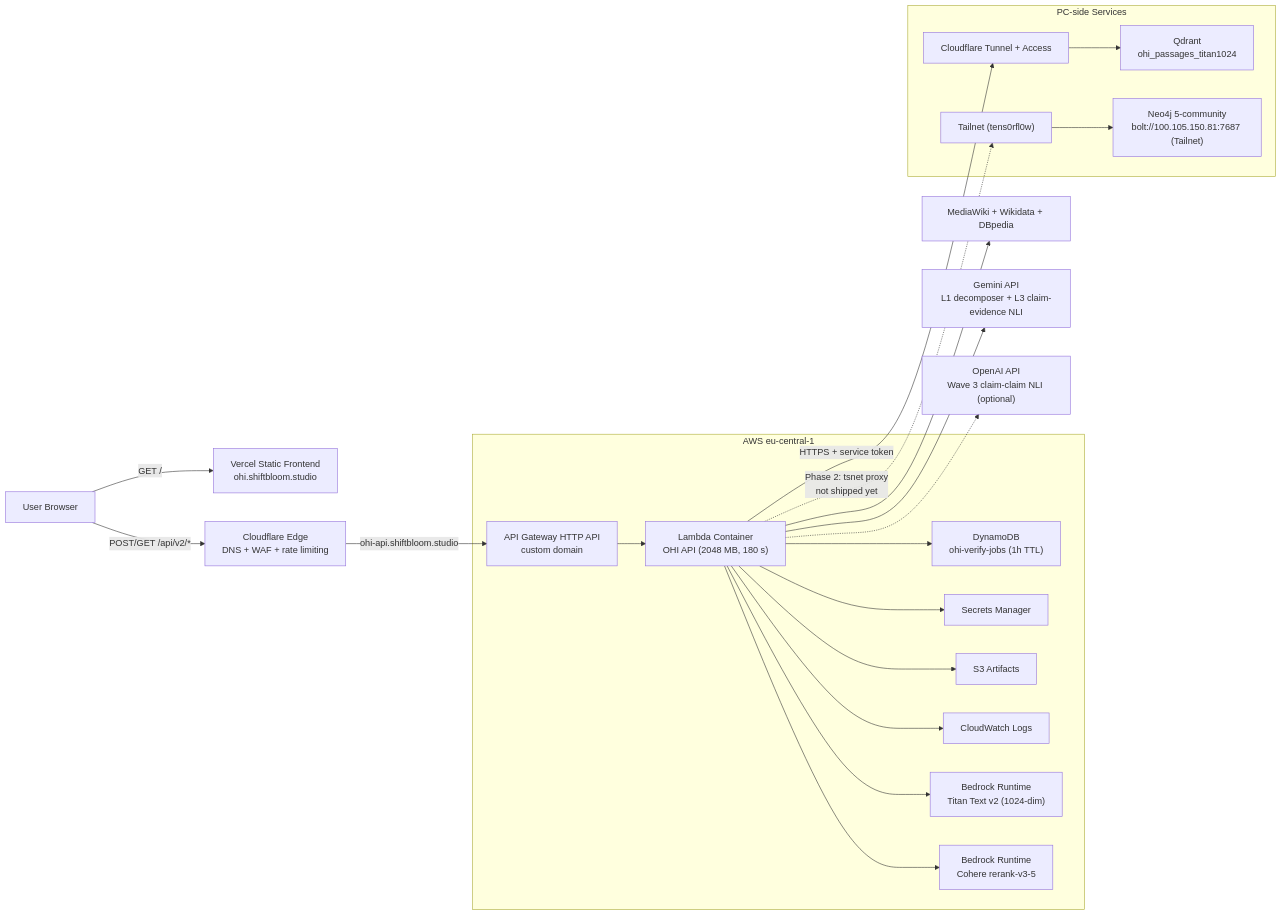
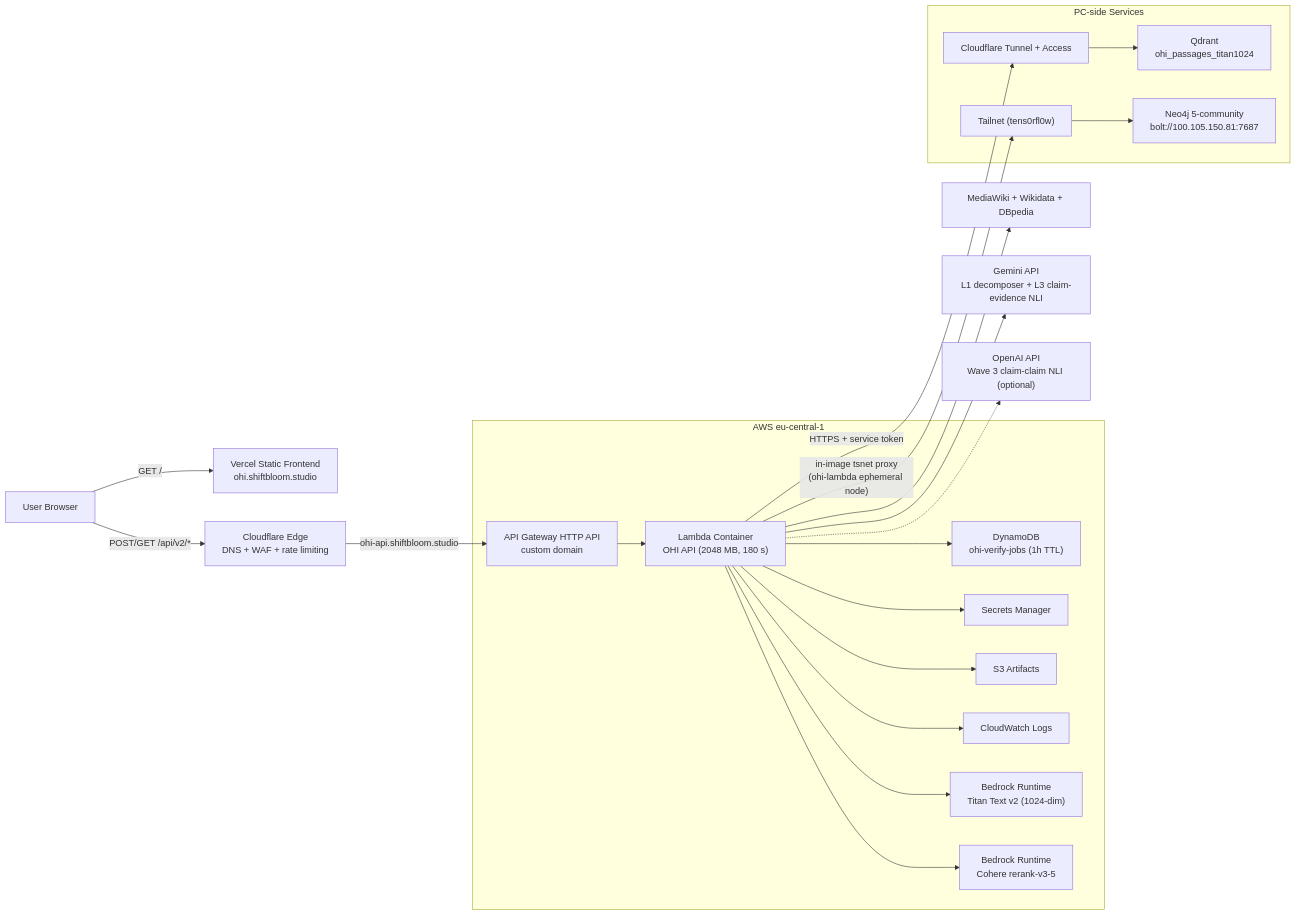
Before and after one commit to shiftbloom-studio/open-hallucination-index: the first of 3 diagrams in docs/CURRENT_ARCHITECTURE.md, drawn with Mermaid. The commit also changed other lines of this file, not shown here.

First line of the commit message:
docs(arch): Neo4j Phase 2 shipped — Lambda on Tailnet via tsnet proxy

````diff
--- a/docs/CURRENT_ARCHITECTURE.md
+++ b/docs/CURRENT_ARCHITECTURE.md
@@ -37,50 +44,50 @@
 ```mermaid
 flowchart LR
     user["User Browser"]
     site["Vercel Static Frontend\nohi.shiftbloom.studio"]
     edge["Cloudflare Edge\nDNS + WAF + rate limiting"]
 
     subgraph aws["AWS eu-central-1"]
         apigw["API Gateway HTTP API\ncustom domain"]
         lambda["Lambda Container\nOHI API (2048 MB, 180 s)"]
         ddb["DynamoDB\nohi-verify-jobs (1h TTL)"]
         sm["Secrets Manager"]
         s3["S3 Artifacts"]
         logs["CloudWatch Logs"]
         br_embed["Bedrock Runtime\nTitan Text v2 (1024-dim)"]
         br_rerank["Bedrock Runtime\nCohere rerank-v3-5"]
     end
 
     subgraph pc["PC-side Services"]
         cfaccess["Cloudflare Tunnel + Access"]
         qdrant["Qdrant\nohi_passages_titan1024"]
-        neo4j_pc["Neo4j 5-community\nbolt://100.105.150.81:7687 (Tailnet)"]
+        neo4j_pc["Neo4j 5-community\nbolt://100.105.150.81:7687"]
         tailnet["Tailnet (tens0rfl0w)"]
     end
 
     wiki["MediaWiki + Wikidata + DBpedia"]
     gemini["Gemini API\nL1 decomposer + L3 claim-evidence NLI"]
     openai["OpenAI API\nWave 3 claim-claim NLI (optional)"]
 
     user -->|"GET /"| site
     user -->|"POST/GET /api/v2/*"| edge
     edge -->|"ohi-api.shiftbloom.studio"| apigw
     apigw --> lambda
 
     lambda --> ddb
     lambda --> sm
     lambda --> s3
     lambda --> logs
     lambda --> br_embed
     lambda --> br_rerank
 
     lambda --> wiki
     lambda --> gemini
     lambda -.-> openai
 
     lambda -->|"HTTPS + service token"| cfaccess
     cfaccess --> qdrant
 
-    lambda -.->|"Phase 2: tsnet proxy\nnot shipped yet"| tailnet
+    lambda -->|"in-image tsnet proxy\n(ohi-lambda ephemeral node)"| tailnet
     tailnet --> neo4j_pc
 ```
````
